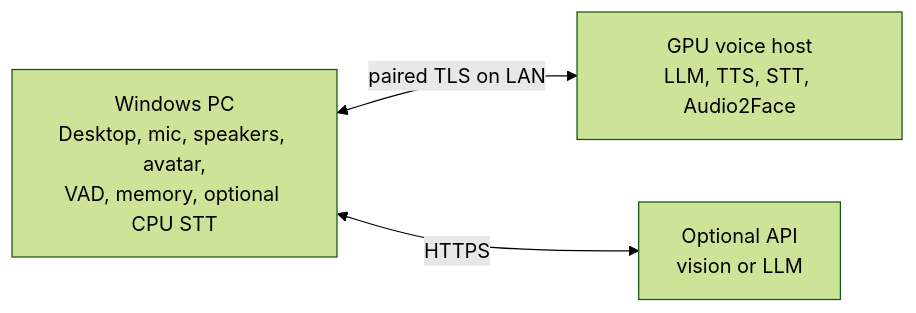
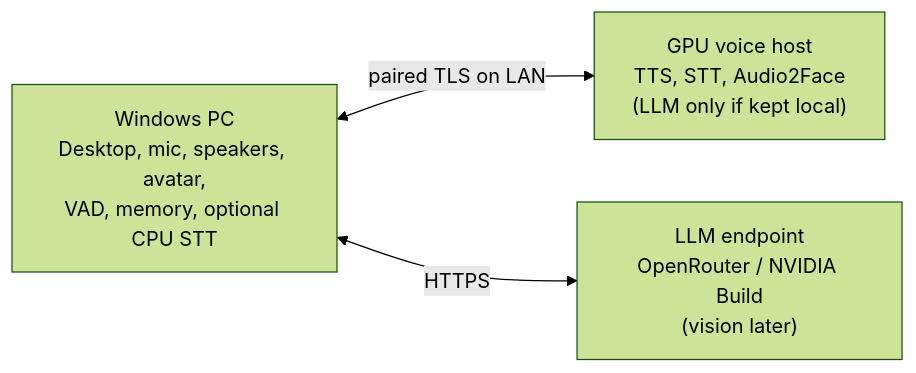
The diagram in docs/RECOMMENDED_SETUPS.md (throndir2/Martlet), drawn with Mermaid (forest theme) before and after one commit. The commit also changed other lines of this file and 1 other file, not shown here.

First line of the commit message:
Recommend offloading the LLM to OpenRouter or NVIDIA Build

````diff
--- a/docs/RECOMMENDED_SETUPS.md
+++ b/docs/RECOMMENDED_SETUPS.md
@@ -88,8 +108,8 @@
 ```mermaid
 flowchart LR
     PC["Windows PC<br/>Desktop, mic, speakers, avatar,<br/>VAD, memory, optional CPU STT"]
-    Host["GPU voice host<br/>LLM, TTS, STT, Audio2Face"]
-    API["Optional API<br/>vision or LLM"]
+    Host["GPU voice host<br/>TTS, STT, Audio2Face<br/>(LLM only if kept local)"]
+    API["LLM endpoint<br/>OpenRouter / NVIDIA Build<br/>(vision later)"]
     PC <-->|"paired TLS on LAN"| Host
     PC <-->|HTTPS| API
 ```
````
